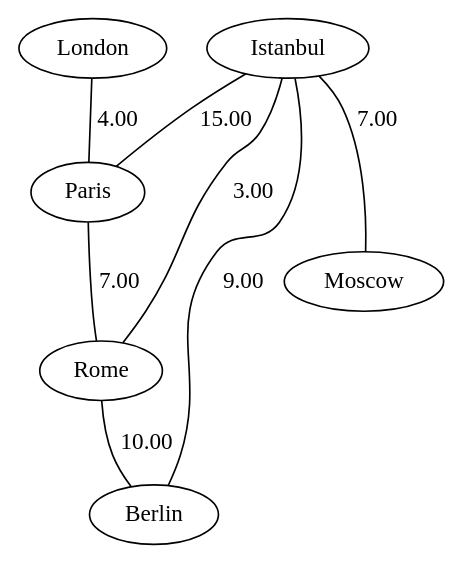
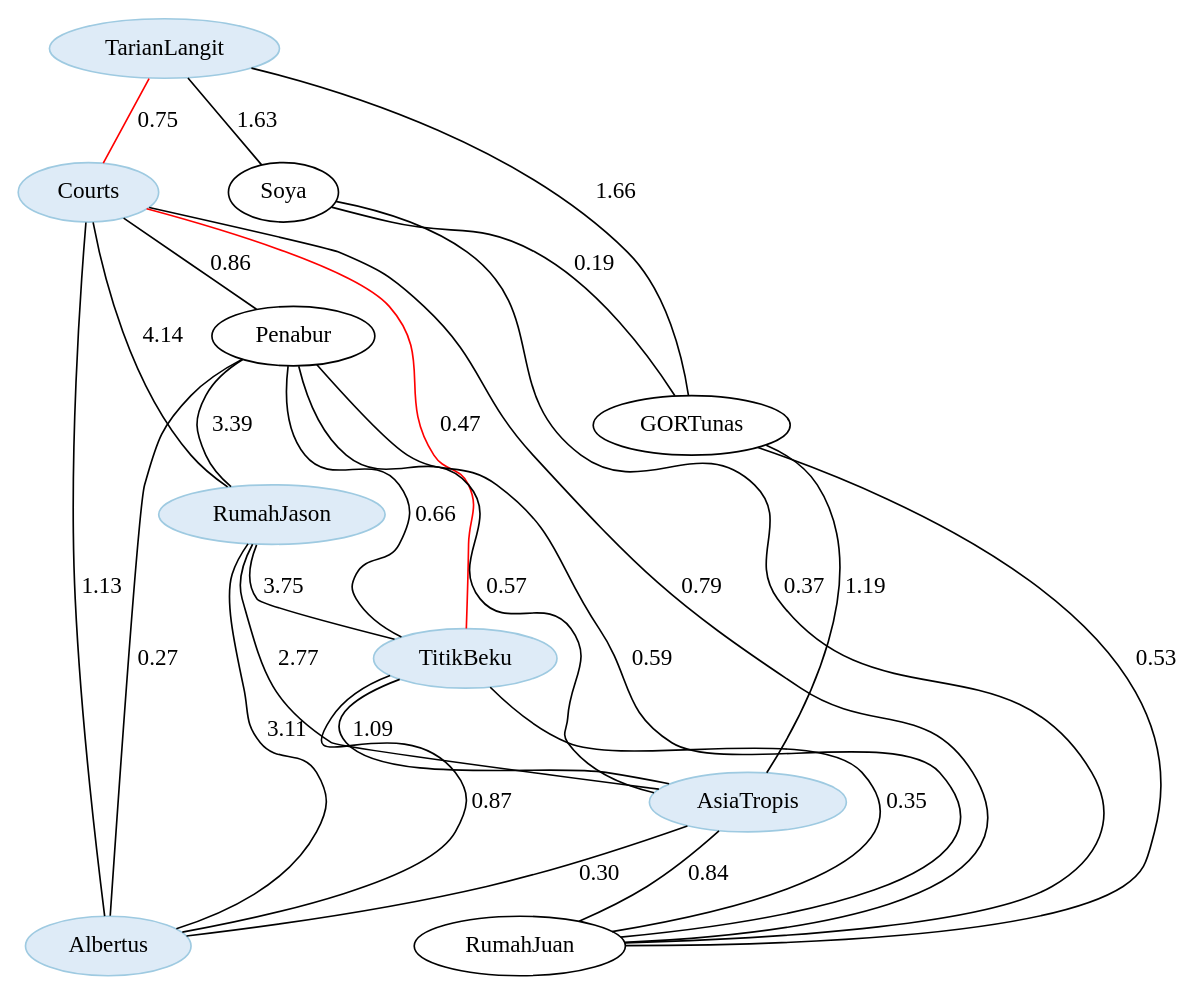
The diagram in src/frontend/assets/solutionGraph.gv (Gulilil/IF2211_Tucil3_13521008_13521116), drawn with Graphviz before and after one commit. The commit also changed 6 other files, not shown here.

```diff
--- a/src/frontend/assets/solutionGraph.gv
+++ b/src/frontend/assets/solutionGraph.gv
@@ -1,44 +1,124 @@
 strict graph {
 
 
-	"Istanbul" [  weight=0 ];
+	"TarianLangit" [ color="2", colorscheme="blues3", fillcolor="1", style="filled",  weight=0 ];
 
-	"Istanbul" -- "Moscow" [ color="black", label="7.00",  weight=0 ];
+	"TarianLangit" -- "Courts" [ color="red", label="0.75",  weight=0 ];
 
-	"Istanbul" -- "Paris" [ color="black", label="15.00",  weight=0 ];
+	"TarianLangit" -- "Soya" [ color="black", label="1.63",  weight=0 ];
 
-	"Istanbul" -- "Rome" [ color="black", label="3.00",  weight=0 ];
+	"TarianLangit" -- "GORTunas" [ color="black", label="1.66",  weight=0 ];
 
-	"Istanbul" -- "Berlin" [ color="black", label="9.00",  weight=0 ];
+	"Courts" [ color="2", colorscheme="blues3", fillcolor="1", style="filled",  weight=0 ];
 
-	"Moscow" [  weight=0 ];
+	"Courts" -- "RumahJason" [ color="black", label="4.14",  weight=0 ];
 
-	"Moscow" -- "Istanbul" [ color="black", label="7.00",  weight=0 ];
+	"Courts" -- "RumahJuan" [ color="black", label="0.79",  weight=0 ];
 
-	"London" [  weight=0 ];
+	"Courts" -- "Penabur" [ color="black", label="0.86",  weight=0 ];
 
-	"London" -- "Paris" [ color="black", label="4.00",  weight=0 ];
+	"Courts" -- "TarianLangit" [ color="red", label="0.75",  weight=0 ];
 
-	"Paris" [  weight=0 ];
+	"Courts" -- "Albertus" [ color="black", label="1.13",  weight=0 ];
 
-	"Paris" -- "London" [ color="black", label="4.00",  weight=0 ];
+	"Courts" -- "TitikBeku" [ color="red", label="0.47",  weight=0 ];
 
-	"Paris" -- "Rome" [ color="black", label="7.00",  weight=0 ];
+	"Penabur" [  weight=0 ];
 
-	"Paris" -- "Istanbul" [ color="black", label="15.00",  weight=0 ];
+	"Penabur" -- "TitikBeku" [ color="black", label="0.66",  weight=0 ];
 
-	"Rome" [  weight=0 ];
+	"Penabur" -- "RumahJason" [ color="black", label="3.39",  weight=0 ];
 
-	"Rome" -- "Berlin" [ color="black", label="10.00",  weight=0 ];
+	"Penabur" -- "RumahJuan" [ color="black", label="0.59",  weight=0 ];
 
-	"Rome" -- "Istanbul" [ color="black", label="3.00",  weight=0 ];
+	"Penabur" -- "AsiaTropis" [ color="black", label="0.57",  weight=0 ];
 
-	"Rome" -- "Paris" [ color="black", label="7.00",  weight=0 ];
+	"Penabur" -- "Albertus" [ color="black", label="0.27",  weight=0 ];
 
-	"Berlin" [  weight=0 ];
+	"Penabur" -- "Courts" [ color="black", label="0.86",  weight=0 ];
 
-	"Berlin" -- "Rome" [ color="black", label="10.00",  weight=0 ];
+	"Soya" [  weight=0 ];
 
-	"Berlin" -- "Istanbul" [ color="black", label="9.00",  weight=0 ];
+	"Soya" -- "TarianLangit" [ color="black", label="1.63",  weight=0 ];
+
+	"Soya" -- "GORTunas" [ color="black", label="0.19",  weight=0 ];
+
+	"Soya" -- "RumahJuan" [ color="black", label="0.37",  weight=0 ];
+
+	"RumahJason" [ color="2", colorscheme="blues3", fillcolor="1", style="filled",  weight=0 ];
+
+	"RumahJason" -- "Albertus" [ color="black", label="3.11",  weight=0 ];
+
+	"RumahJason" -- "Courts" [ color="black", label="4.14",  weight=0 ];
+
+	"RumahJason" -- "TitikBeku" [ color="black", label="3.75",  weight=0 ];
+
+	"RumahJason" -- "Penabur" [ color="black", label="3.39",  weight=0 ];
+
+	"RumahJason" -- "AsiaTropis" [ color="black", label="2.77",  weight=0 ];
+
+	"GORTunas" [  weight=0 ];
+
+	"GORTunas" -- "RumahJuan" [ color="black", label="0.53",  weight=0 ];
+
+	"GORTunas" -- "Soya" [ color="black", label="0.19",  weight=0 ];
+
+	"GORTunas" -- "AsiaTropis" [ color="black", label="1.19",  weight=0 ];
+
+	"GORTunas" -- "TarianLangit" [ color="black", label="1.66",  weight=0 ];
+
+	"TitikBeku" [ color="2", colorscheme="blues3", fillcolor="1", style="filled",  weight=0 ];
+
+	"TitikBeku" -- "Albertus" [ color="black", label="0.87",  weight=0 ];
+
+	"TitikBeku" -- "Courts" [ color="red", label="0.47",  weight=0 ];
+
+	"TitikBeku" -- "RumahJason" [ color="black", label="3.75",  weight=0 ];
+
+	"TitikBeku" -- "RumahJuan" [ color="black", label="0.35",  weight=0 ];
+
+	"TitikBeku" -- "Penabur" [ color="black", label="0.66",  weight=0 ];
+
+	"TitikBeku" -- "AsiaTropis" [ color="black", label="1.09",  weight=0 ];
+
+	"AsiaTropis" [ color="2", colorscheme="blues3", fillcolor="1", style="filled",  weight=0 ];
+
+	"AsiaTropis" -- "GORTunas" [ color="black", label="1.19",  weight=0 ];
+
+	"AsiaTropis" -- "Albertus" [ color="black", label="0.30",  weight=0 ];
+
+	"AsiaTropis" -- "TitikBeku" [ color="black", label="1.09",  weight=0 ];
+
+	"AsiaTropis" -- "RumahJason" [ color="black", label="2.77",  weight=0 ];
+
+	"AsiaTropis" -- "RumahJuan" [ color="black", label="0.84",  weight=0 ];
+
+	"AsiaTropis" -- "Penabur" [ color="black", label="0.57",  weight=0 ];
+
+	"Albertus" [ color="2", colorscheme="blues3", fillcolor="1", style="filled",  weight=0 ];
+
+	"Albertus" -- "RumahJason" [ color="black", label="3.11",  weight=0 ];
+
+	"Albertus" -- "Penabur" [ color="black", label="0.27",  weight=0 ];
+
+	"Albertus" -- "AsiaTropis" [ color="black", label="0.30",  weight=0 ];
+
+	"Albertus" -- "Courts" [ color="black", label="1.13",  weight=0 ];
+
+	"Albertus" -- "TitikBeku" [ color="black", label="0.87",  weight=0 ];
+
+	"RumahJuan" [  weight=0 ];
+
+	"RumahJuan" -- "Penabur" [ color="black", label="0.59",  weight=0 ];
+
+	"RumahJuan" -- "Soya" [ color="black", label="0.37",  weight=0 ];
+
+	"RumahJuan" -- "AsiaTropis" [ color="black", label="0.84",  weight=0 ];
+
+	"RumahJuan" -- "GORTunas" [ color="black", label="0.53",  weight=0 ];
+
+	"RumahJuan" -- "Courts" [ color="black", label="0.79",  weight=0 ];
+
+	"RumahJuan" -- "TitikBeku" [ color="black", label="0.35",  weight=0 ];
 
 }
```
